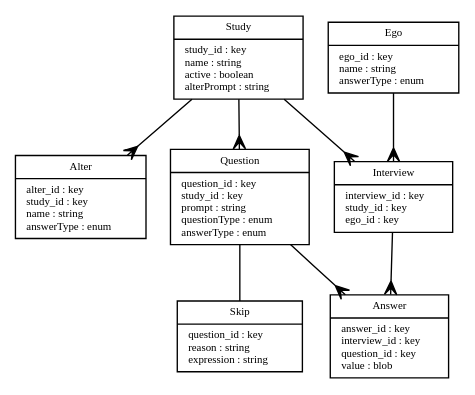
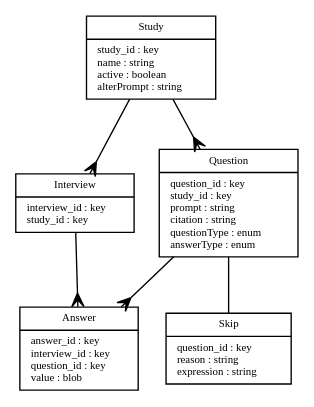
The diagram in class.dot (ericlavigne/egoweb), drawn with Graphviz before and after one commit. The commit also changed 8 other files, not shown here.

```diff
--- a/class.dot
+++ b/class.dot
@@ -1,23 +1,19 @@
 /*
  * dot -Tpng -o class.png class.dot
  */
 digraph G {
-	node [ fontname = "Bitstream Vera Sans" fontsize = 8 shape = "record" ] 
-	edge [ fontname = "Bitstream Vera Sans" fontsize = 8                  ] 
+	node [ fontname = "Bitstream Vera Sans" fontsize = 8 shape = "record" ]
+	edge [ fontname = "Bitstream Vera Sans" fontsize = 8                  ]
 
-	Study     [ label = "{Study|study_id : key\lname : string\lactive : boolean\lalterPrompt : string\l}"                         ]
-	Ego       [ label = "{Ego|ego_id : key\lname : string\lanswerType : enum\l}"                                                  ]
-	Alter     [ label = "{Alter|alter_id : key\lstudy_id : key\lname : string\lanswerType : enum\l}"                              ]
-	Question  [ label = "{Question|question_id : key\lstudy_id : key\lprompt : string\lquestionType : enum\lanswerType : enum\l}" ]
-	Answer    [ label = "{Answer|answer_id : key\linterview_id : key\lquestion_id : key\lvalue : blob\l}"                         ]
-	Interview [ label = "{Interview|interview_id : key\lstudy_id : key\lego_id : key\l}"                                          ]
-	Skip      [ label = "{Skip|question_id : key\lreason : string\lexpression : string\l}"                                        ]
+	Study     [ label = "{Study|study_id : key\lname : string\lactive : boolean\lalterPrompt : string\l}"                                            ]
+	Question  [ label = "{Question|question_id : key\lstudy_id : key\lprompt : string\lcitation : string\lquestionType : enum\lanswerType : enum\l}" ]
+	Answer    [ label = "{Answer|answer_id : key\linterview_id : key\lquestion_id : key\lvalue : blob\l}"                                            ]
+	Interview [ label = "{Interview|interview_id : key\lstudy_id : key\l}"                                                                           ]
+	Skip      [ label = "{Skip|question_id : key\lreason : string\lexpression : string\l}"                                                           ]
 
-	Study     -> Alter     [ arrowhead = "crow" ]
 	Study     -> Interview [ arrowhead = "crow" ]
 	Study     -> Question  [ arrowhead = "crow" ]
+	Interview -> Answer    [ arrowhead = "crow" ]
 	Question  -> Skip      [ arrowhead = "none" ]
 	Question  -> Answer    [ arrowhead = "crow" ]
-	Interview -> Answer    [ arrowhead = "crow" ]
-	Ego       -> Interview [ arrowhead = "crow" ]
 }
```
